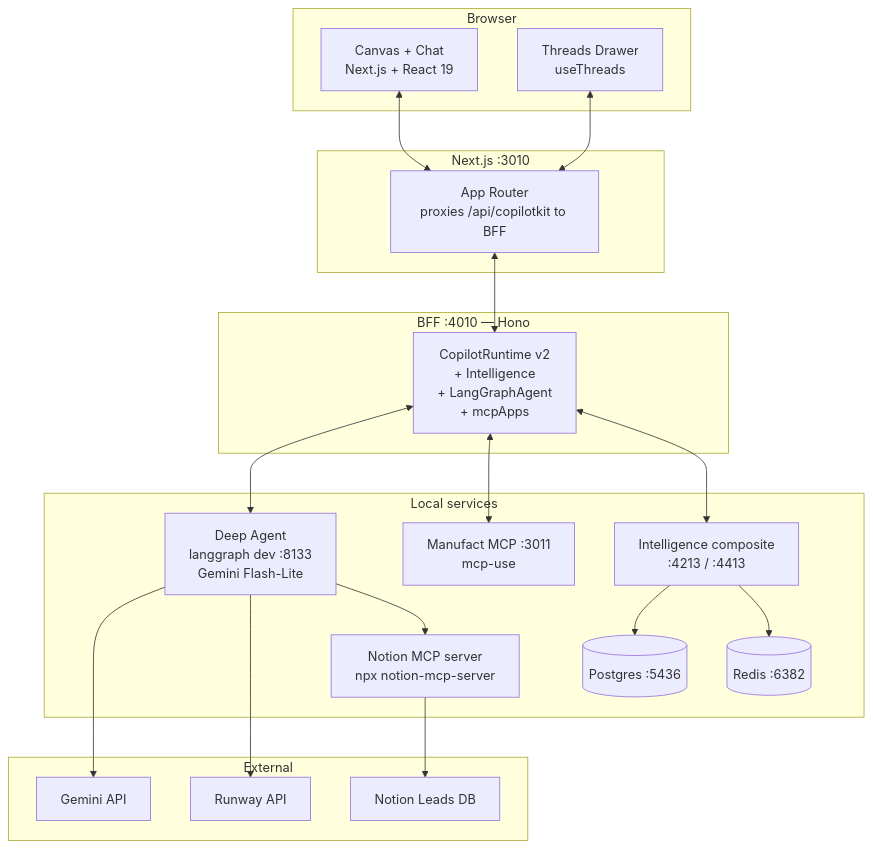
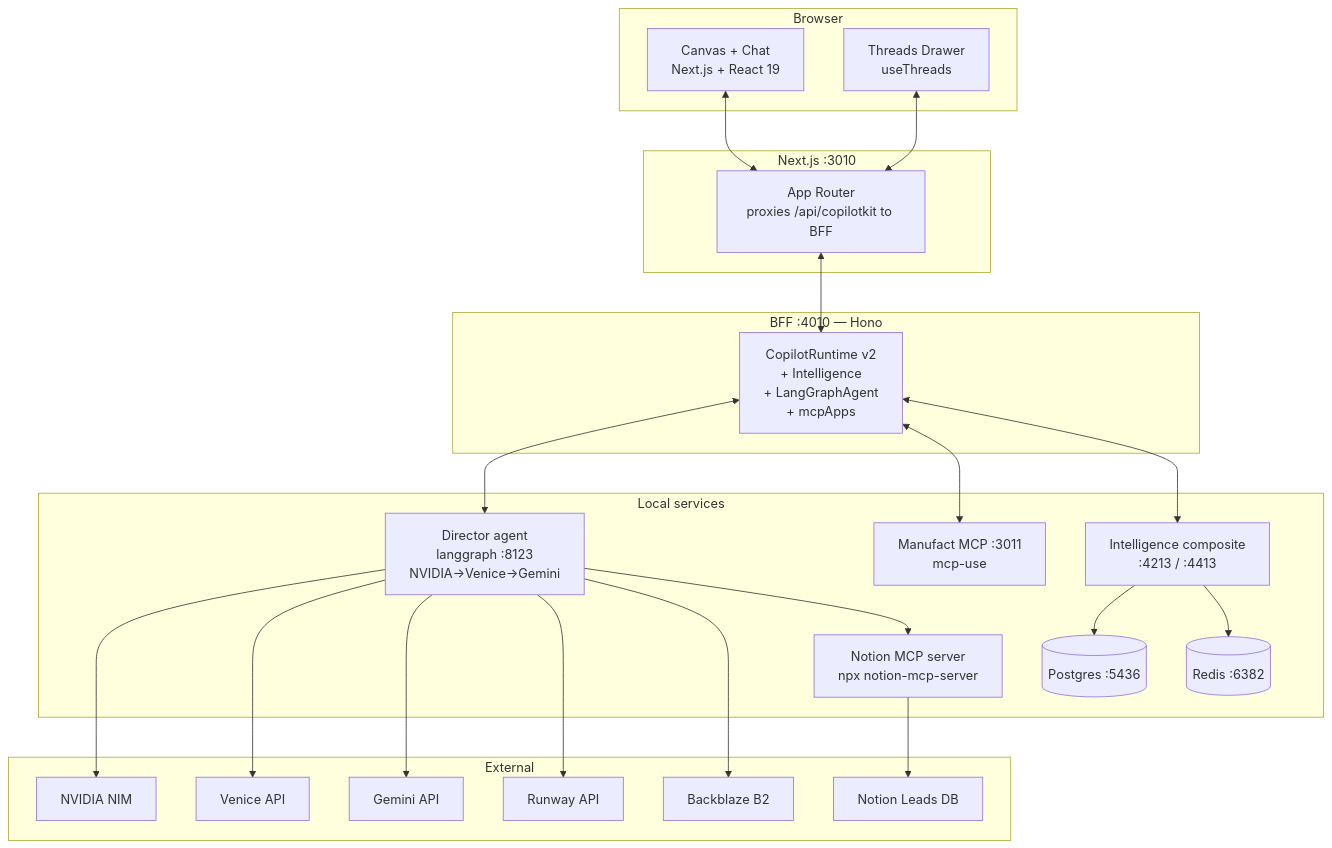
Before and after one commit to thisyearnofear/devcut: the first of 2 diagrams in docs/architecture.md, drawn with Mermaid. The commit also changed other lines of this file and 48 other files, not shown here.

````diff
--- a/docs/architecture.md
+++ b/docs/architecture.md
@@ -5,43 +5,49 @@
 ```mermaid
 graph TB
     subgraph Browser
         UI["Canvas + Chat<br/>Next.js + React 19"]
         Drawer["Threads Drawer<br/>useThreads"]
     end
 
     subgraph Frontend["Next.js :3010"]
         Next["App Router<br/>proxies /api/copilotkit to BFF"]
     end
 
     subgraph BFFLayer["BFF :4010 — Hono"]
         Runtime["CopilotRuntime v2<br/>+ Intelligence<br/>+ LangGraphAgent<br/>+ mcpApps"]
     end
 
     subgraph LocalServices["Local services"]
-        Agent["Deep Agent<br/>langgraph dev :8133<br/>Gemini Flash-Lite"]
+        Agent["Director agent<br/>langgraph :8123<br/>NVIDIA→Venice→Gemini"]
         MCP["Manufact MCP :3011<br/>mcp-use"]
         NotionMCP["Notion MCP server<br/>npx notion-mcp-server"]
         Intel["Intelligence composite<br/>:4213 / :4413"]
         DB[("Postgres :5436")]
         Cache[("Redis :6382")]
     end
 
     subgraph External
         Notion["Notion Leads DB"]
+        NVIDIA["NVIDIA NIM"]
+        Venice["Venice API"]
         Gemini["Gemini API"]
         Runway["Runway API"]
+        B2["Backblaze B2"]
     end
 
     UI <--> Next
     Drawer <--> Next
     Next <--> Runtime
     Runtime <--> Agent
     Runtime <--> MCP
     Runtime <--> Intel
     Intel --> DB
     Intel --> Cache
+    Agent --> NVIDIA
+    Agent --> Venice
     Agent --> Gemini
     Agent --> Runway
+    Agent --> B2
     Agent --> NotionMCP
     NotionMCP --> Notion
 ```
````
